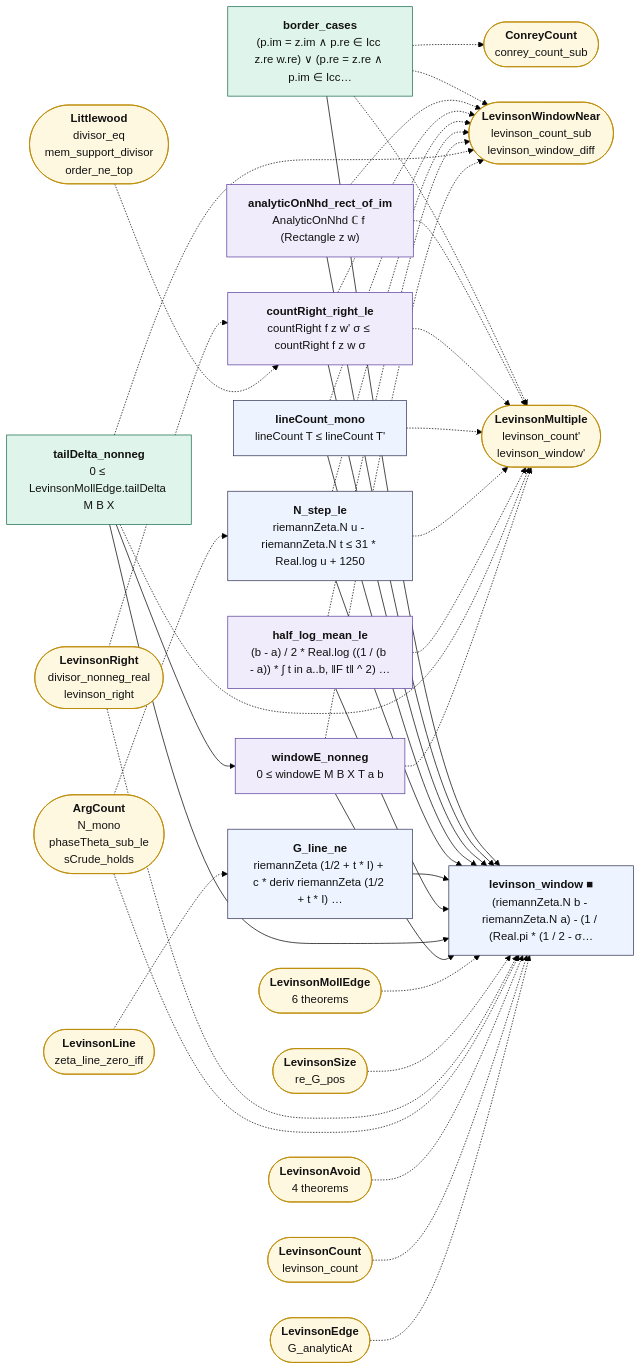
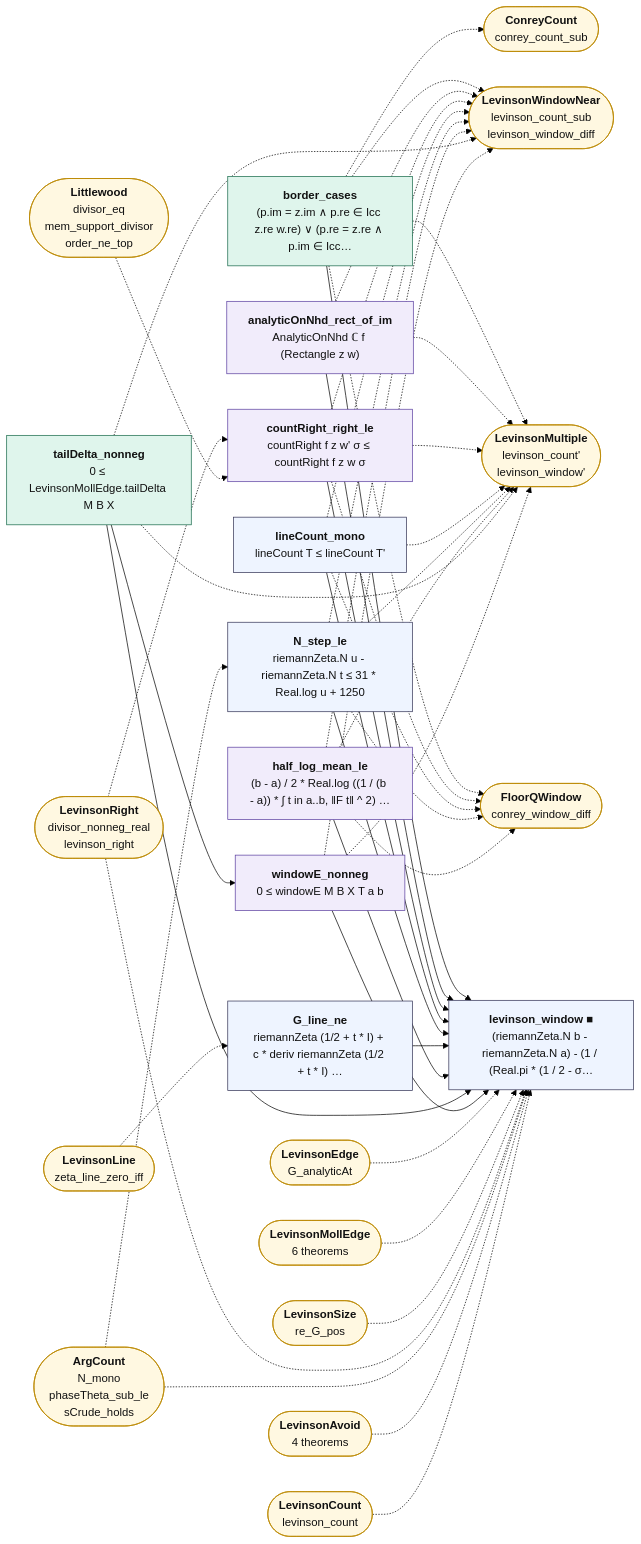
Before and after one commit to juliansambranojr/Primebeat_081426: the diagram in map/lean_stage3/LevinsonWindow.md, drawn with Mermaid (forest theme). The commit also changed other lines of this file and 70 other files, not shown here.

````diff
--- a/map/lean_stage3/LevinsonWindow.md
+++ b/map/lean_stage3/LevinsonWindow.md
@@ -14,71 +14,77 @@
 ```mermaid
 flowchart LR
   n0["<b>border_cases</b><br/>(p.im = z.im ∧ p.re ∈ Icc z.re w.re) ∨ (p.re = z.re ∧ p.im ∈ Icc…"]:::cnt
   n1["<b>analyticOnNhd_rect_of_im</b><br/>AnalyticOnNhd ℂ f (Rectangle z w)"]:::shp
   n2["<b>countRight_right_le</b><br/>countRight f z w' σ ≤ countRight f z w σ"]:::shp
   n3["<b>lineCount_mono</b><br/>lineCount T ≤ lineCount T'"]:::thm
   n4["<b>N_step_le</b><br/>riemannZeta.N u - riemannZeta.N t ≤ 31 * Real.log u + 1250"]:::thm
   n5["<b>G_line_ne</b><br/>riemannZeta (1/2 + t * I) + c * deriv riemannZeta (1/2 + t * I) …"]:::thm
   n6["<b>half_log_mean_le</b><br/>(b - a) / 2 * Real.log ((1 / (b - a)) * ∫ t in a..b, ‖F t‖ ^ 2) …"]:::shp
   n7["<b>tailDelta_nonneg</b><br/>0 ≤ LevinsonMollEdge.tailDelta M B X"]:::cnt
   n8["<b>windowE_nonneg</b><br/>0 ≤ windowE M B X T a b"]:::shp
   n9["<b>levinson_window ■</b><br/>(riemannZeta.N b - riemannZeta.N a) - (1 / (Real.pi * (1 / 2 - σ…"]:::thm
   x0(["<b>ConreyCount</b><br/>conrey_count_sub"]):::ext
-  x1(["<b>LevinsonMultiple</b><br/>levinson_count'<br/>levinson_window'"]):::ext
-  x2(["<b>LevinsonWindowNear</b><br/>levinson_count_sub<br/>levinson_window_diff"]):::ext
-  x3(["<b>LevinsonRight</b><br/>divisor_nonneg_real<br/>levinson_right"]):::ext
-  x4(["<b>Littlewood</b><br/>divisor_eq<br/>mem_support_divisor<br/>order_ne_top"]):::ext
-  x5(["<b>ArgCount</b><br/>N_mono<br/>phaseTheta_sub_le<br/>sCrude_holds"]):::ext
-  x6(["<b>LevinsonLine</b><br/>zeta_line_zero_iff"]):::ext
-  x7(["<b>LevinsonAvoid</b><br/>4 theorems"]):::ext
-  x8(["<b>LevinsonCount</b><br/>levinson_count"]):::ext
-  x9(["<b>LevinsonEdge</b><br/>G_analyticAt"]):::ext
-  x10(["<b>LevinsonMollEdge</b><br/>6 theorems"]):::ext
-  x11(["<b>LevinsonSize</b><br/>re_G_pos"]):::ext
+  x1(["<b>FloorQWindow</b><br/>conrey_window_diff"]):::ext
+  x2(["<b>LevinsonMultiple</b><br/>levinson_count'<br/>levinson_window'"]):::ext
+  x3(["<b>LevinsonWindowNear</b><br/>levinson_count_sub<br/>levinson_window_diff"]):::ext
+  x4(["<b>LevinsonRight</b><br/>divisor_nonneg_real<br/>levinson_right"]):::ext
+  x5(["<b>Littlewood</b><br/>divisor_eq<br/>mem_support_divisor<br/>order_ne_top"]):::ext
+  x6(["<b>ArgCount</b><br/>N_mono<br/>phaseTheta_sub_le<br/>sCrude_holds"]):::ext
+  x7(["<b>LevinsonLine</b><br/>zeta_line_zero_iff"]):::ext
+  x8(["<b>LevinsonAvoid</b><br/>4 theorems"]):::ext
+  x9(["<b>LevinsonCount</b><br/>levinson_count"]):::ext
+  x10(["<b>LevinsonEdge</b><br/>G_analyticAt"]):::ext
+  x11(["<b>LevinsonMollEdge</b><br/>6 theorems"]):::ext
+  x12(["<b>LevinsonSize</b><br/>re_G_pos"]):::ext
   n0 --> n9
   n1 --> n9
   n2 --> n9
   n3 --> n9
   n4 --> n9
   n5 --> n9
   n6 --> n9
   n7 --> n8
   n7 --> n9
   n8 --> n9
   n0 -.-> x0
   n0 -.-> x1
   n0 -.-> x2
-  n1 -.-> x1
+  n0 -.-> x3
   n1 -.-> x2
+  n1 -.-> x3
   n2 -.-> x1
   n2 -.-> x2
+  n2 -.-> x3
   n3 -.-> x1
   n3 -.-> x2
+  n3 -.-> x3
   n4 -.-> x1
   n4 -.-> x2
+  n4 -.-> x3
   n6 -.-> x1
   n6 -.-> x2
-  n7 -.-> x1
+  n6 -.-> x3
   n7 -.-> x2
-  n8 -.-> x1
+  n7 -.-> x3
   n8 -.-> x2
+  n8 -.-> x3
   x10 -.-> n9
   x11 -.-> n9
-  x3 -.-> n2
-  x3 -.-> n9
+  x12 -.-> n9
   x4 -.-> n2
-  x5 -.-> n4
-  x5 -.-> n9
-  x6 -.-> n5
-  x7 -.-> n9
+  x4 -.-> n9
+  x5 -.-> n2
+  x6 -.-> n4
+  x6 -.-> n9
+  x7 -.-> n5
   x8 -.-> n9
   x9 -.-> n9
   classDef cnt fill:#dff5ec,stroke:#17694a,color:#111
   classDef shp fill:#f1ecfb,stroke:#5b3fa0,color:#111
   classDef rh fill:#ffe5e5,stroke:#c22,color:#111,stroke-width:2px
   classDef thm fill:#eef4ff,stroke:#335,color:#111
   classDef end_ fill:#e7f7e7,stroke:#2a7,color:#111,stroke-width:2px
   classDef lone fill:#fff,stroke:#999,color:#111,stroke-dasharray:4 3
   classDef bad fill:#ffe5e5,stroke:#c22,color:#111,stroke-width:2px
   classDef ext fill:#fff8e1,stroke:#b80,color:#111
 ```
````
